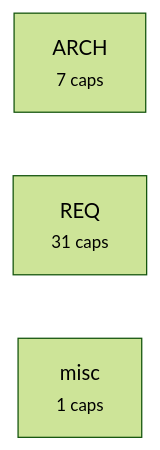
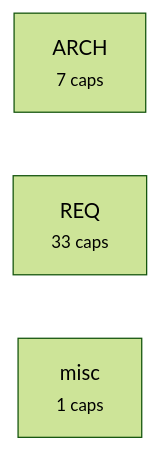
The third of 4 diagrams in requirements/_map.md (alxmax/excalidraw-diagram), drawn with Mermaid (forest theme) before and after one commit. The commit also changed other lines of this file and 17 other files, not shown here.

````diff
--- a/requirements/_map.md
+++ b/requirements/_map.md
@@ -123,6 +125,6 @@
 ```mermaid
 graph LR
   a_ARCH["ARCH<br><small>7 caps</small>"]
-  a_REQ["REQ<br><small>31 caps</small>"]
+  a_REQ["REQ<br><small>33 caps</small>"]
   a_misc["misc<br><small>1 caps</small>"]
 ```
````
